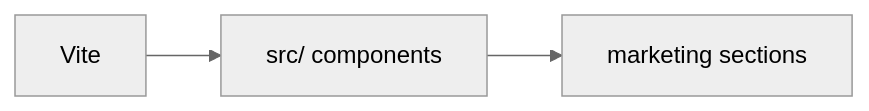
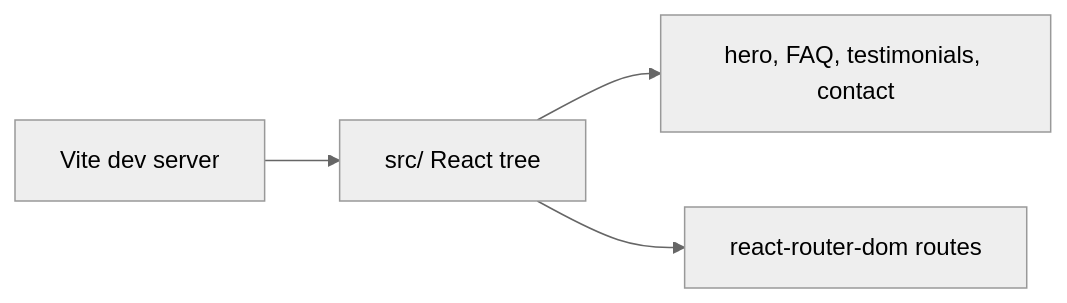
The diagram in README.md (Aneesh495/splash), drawn with Mermaid (neutral theme) before and after one commit. The commit also changed other lines of this file, not shown here.

````diff
--- a/README.md
+++ b/README.md
@@ -8,5 +8,6 @@
 ```mermaid
 flowchart LR
-  Vite[Vite] --> React[src/ components]
-  React --> Pages[marketing sections]
+  Vite[Vite dev server] --> App[src/ React tree]
+  App --> Sections[hero, FAQ, testimonials, contact]
+  App --> Router[react-router-dom routes]
 ```
````
